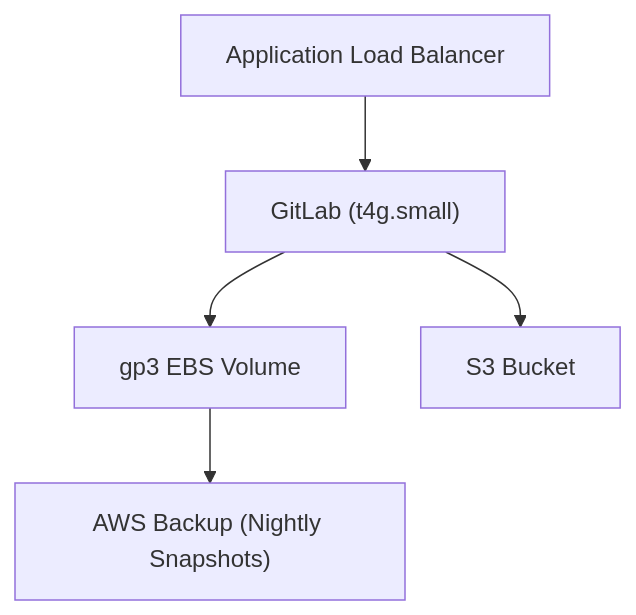
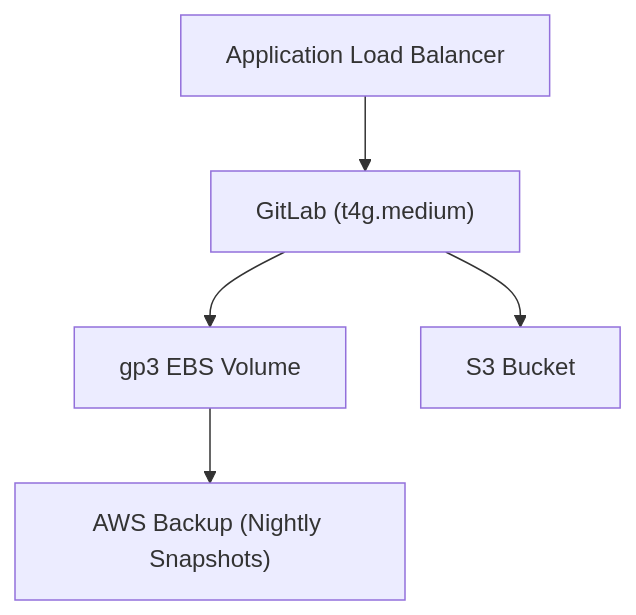
One commit to Shreeraj1746/gitlab-selfhosted changed the diagram in docs/DESIGN.md. Above: the diagram before and after it, drawn with Mermaid. The commit also changed other lines of this file and 11 other files, not shown here.

````diff
--- a/docs/DESIGN.md
+++ b/docs/DESIGN.md
@@ -13,7 +13,7 @@
 ```mermaid
 graph TD
-  ALB["Application Load Balancer"] --> EC2["GitLab (t4g.small)"]
+  ALB["Application Load Balancer"] --> EC2["GitLab (t4g.medium)"]
   EC2 --> EBS["gp3 EBS Volume"]
   EC2 --> S3["S3 Bucket"]
   EBS --> Backup["AWS Backup (Nightly Snapshots)"]
 ```
````
